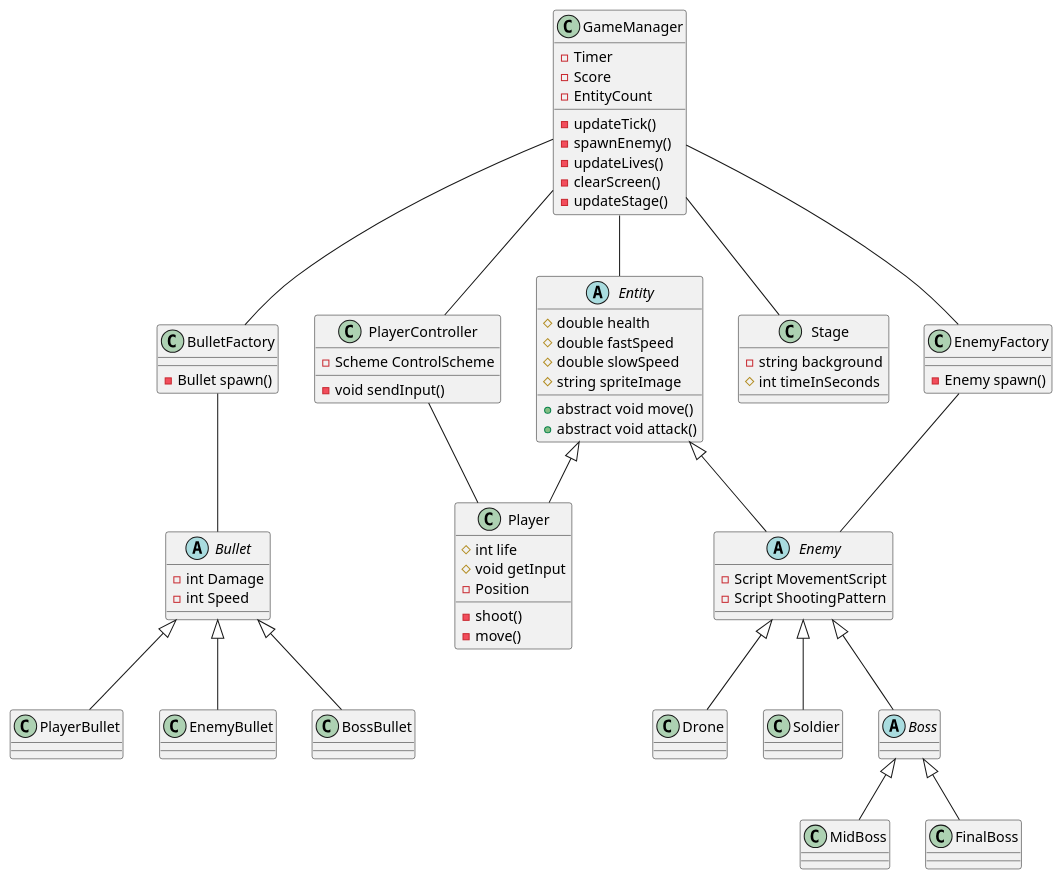
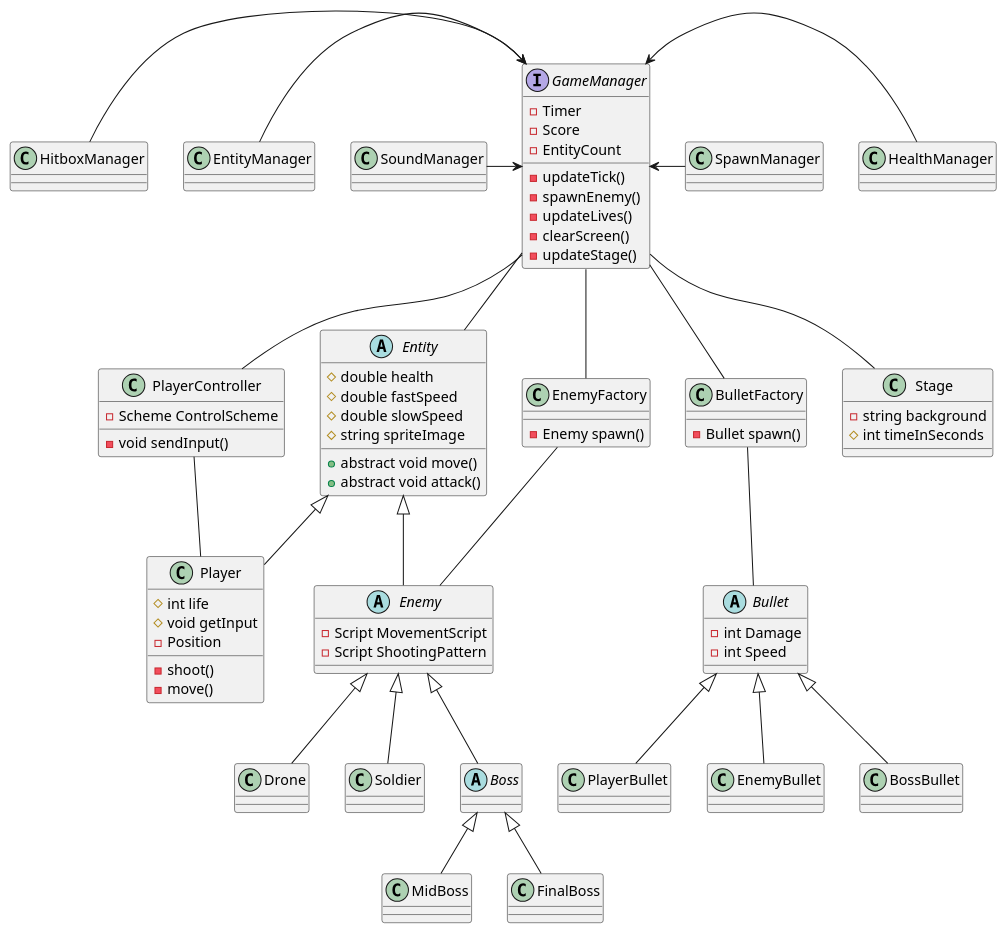
The diagram in Diagrams and Documents/MS1-UML-Class Diagram.puml (CalebLee99/FloridaFunTime), drawn with PlantUML before and after one commit. The commit also changed 3 other files, not shown here.

```diff
--- a/Diagrams and Documents/MS1-UML-Class Diagram.puml
+++ b/Diagrams and Documents/MS1-UML-Class Diagram.puml
@@ -1,96 +1,108 @@
 @startuml
 /'
 Private   :  -
 Protected :  #
 public    :  + 
 '/
 abstract Entity
 Entity : #double health
 Entity : #double fastSpeed 
 Entity : #double slowSpeed 
 Entity : #string spriteImage
 
 Entity : +abstract void move()
 Entity : +abstract void attack()
 
 '--- God Class ---'
-class GameManager
+interface GameManager
 GameManager -- PlayerController
 GameManager -- Entity
 GameManager -- BulletFactory
 GameManager -- Stage
 GameManager : -Timer
 GameManager : -Score
 GameManager : -EntityCount
 GameManager : -updateTick()
 GameManager -- EnemyFactory
 GameManager : -spawnEnemy()
 GameManager : -updateLives()
 GameManager : -clearScreen()
 GameManager : -updateStage()
+
+class HitboxManager
+HitboxManager -> GameManager
+class EntityManager
+EntityManager -> GameManager
+class SoundManager
+SoundManager -> GameManager
+class HealthManager
+GameManager <- HealthManager
+class SpawnManager
+GameManager <- SpawnManager
+
 
 '--- Player Stuff ---'
 class Player 
 Entity <|-- Player 
 Player : #int life
 Player : #void getInput
 Player : -Position
 Player : -shoot()
 Player : -move()
 
 
 
 class PlayerController
 PlayerController -- Player
 PlayerController : -Scheme ControlScheme 
 PlayerController : -void sendInput()
 '--- Enemy Stuff ---'
 abstract Enemy
 Entity <|-- Enemy
 Enemy : -Script MovementScript
 Enemy : -Script ShootingPattern
 
 class Drone
 Enemy <|-- Drone
 
 class Soldier
 Enemy <|-- Soldier
 
 abstract Boss
 Enemy <|-- Boss
 
 class MidBoss
 Boss <|-- MidBoss
 
 class FinalBoss
 Boss <|-- FinalBoss
 
 '--- Bullet Stuff ---'
 abstract Bullet
 BulletFactory -- Bullet
 Bullet : -int Damage
 Bullet : -int Speed
 
 class PlayerBullet
 Bullet <|-- PlayerBullet
 
 class EnemyBullet
 Bullet <|-- EnemyBullet
 
 class BossBullet
 Bullet <|-- BossBullet
 
 '--- Factory Stuff ---'
 class BulletFactory
 BulletFactory : -Bullet spawn()
 
 class EnemyFactory
 EnemyFactory -- Enemy
 EnemyFactory : -Enemy spawn()
 
 '--- Stage Stuff ---'
 class Stage
 Stage : -string background
 Stage : #int timeInSeconds 
 
 @enduml
```
